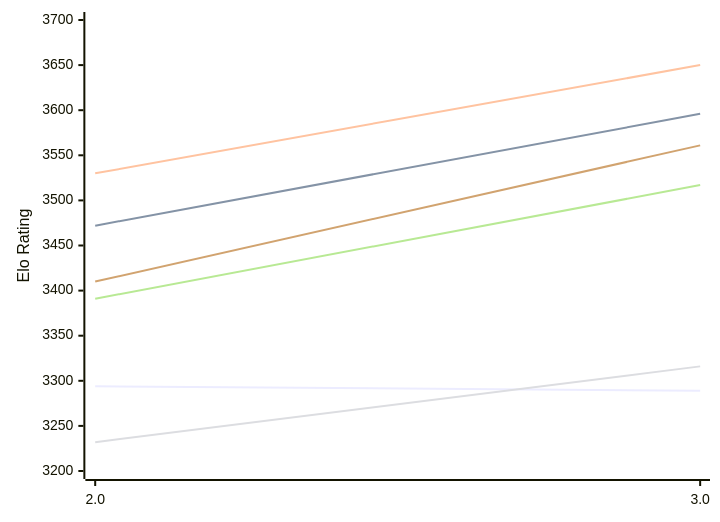
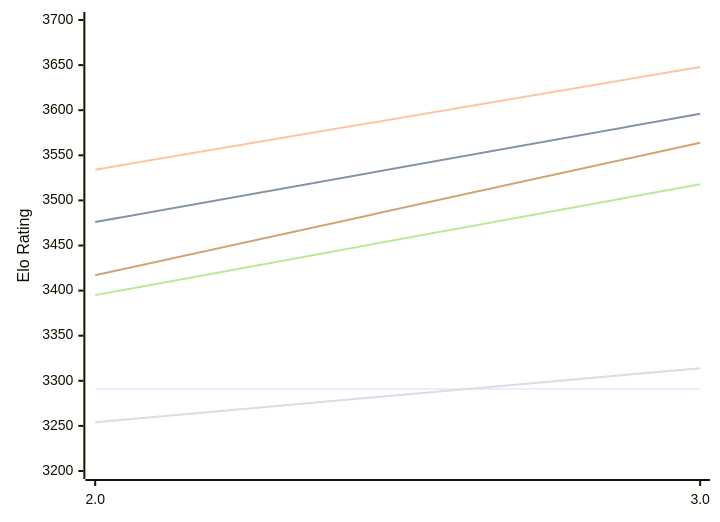
Before and after one commit to computer-chess-index/cci: the first of 2 diagrams in engines/Quanticade.md, drawn with Mermaid. The commit also changed other lines of this file, not shown here.

Commit message:
Update CCI Ratings (ELO VLTC) - 2026-11-17

````diff
--- a/engines/Quanticade.md
+++ b/engines/Quanticade.md
@@ -50,12 +50,12 @@
 ```mermaid
 %%{init: {"theme":"base","themeVariables":{"seriesColors:['#a3a3a3','#222221','#faa371']}}}%%
 xychart-beta
   x-axis ["2.0", "3.0"]
   y-axis "Elo Rating" 3200 --> 3700
-  line "E1: STC (8.0+0.08s)" [3294, 3289]
-  line "E1: LTC (60.0+0.60s)" [3472, 3596]
-  line "E1: VLTC (2m24s+1.12s)" [3530, 3650]
-  line "P1: STC (8.0+0.08s)" [3232, 3316]
-  line "P1: LTC (60.0+0.60s)" [3391, 3517]
-  line "P1: VLTC (2m24s+1.12s)" [3410, 3561]
+  line "E1: STC (8.0+0.08s)" [3291, 3291]
+  line "E1: LTC (60.0+0.60s)" [3476, 3596]
+  line "E1: VLTC (2m24s+1.12s)" [3534, 3648]
+  line "P1: STC (8.0+0.08s)" [3254, 3314]
+  line "P1: LTC (60.0+0.60s)" [3395, 3518]
+  line "P1: VLTC (2m24s+1.12s)" [3417, 3564]
 ```
````
